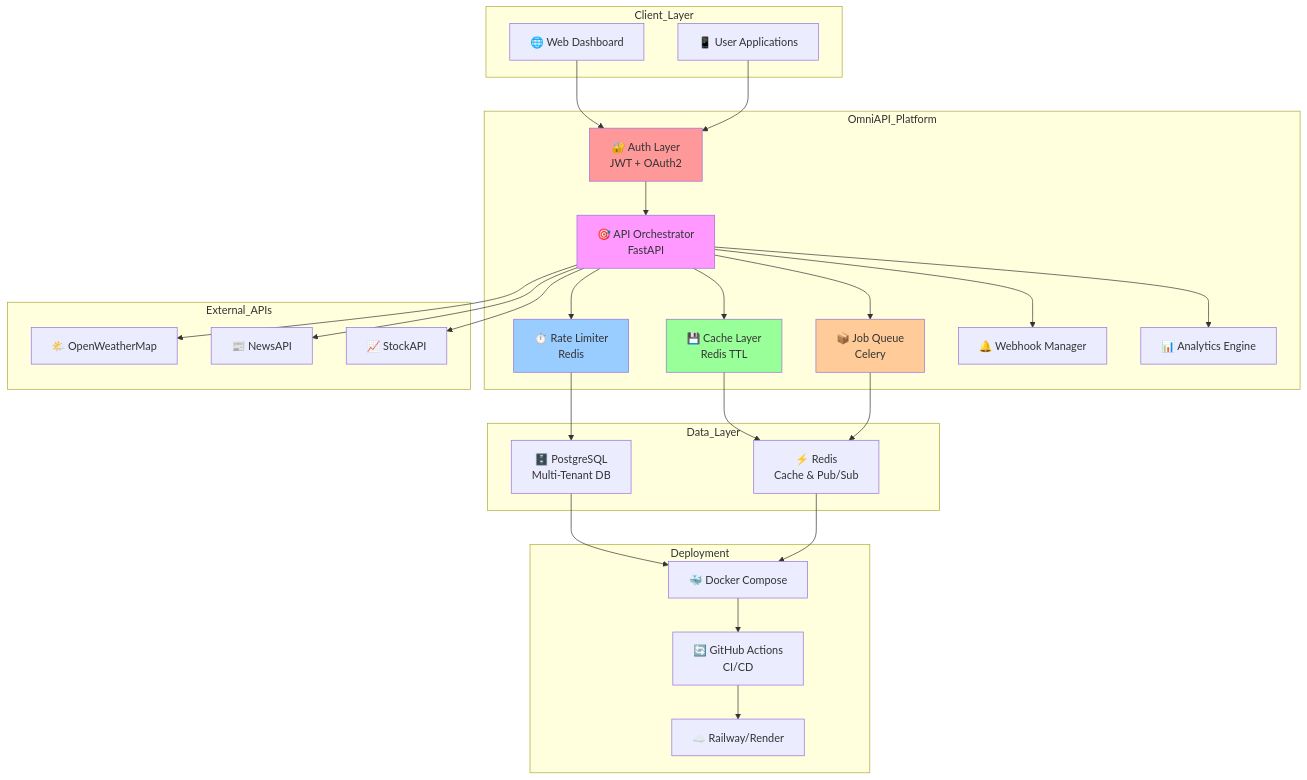
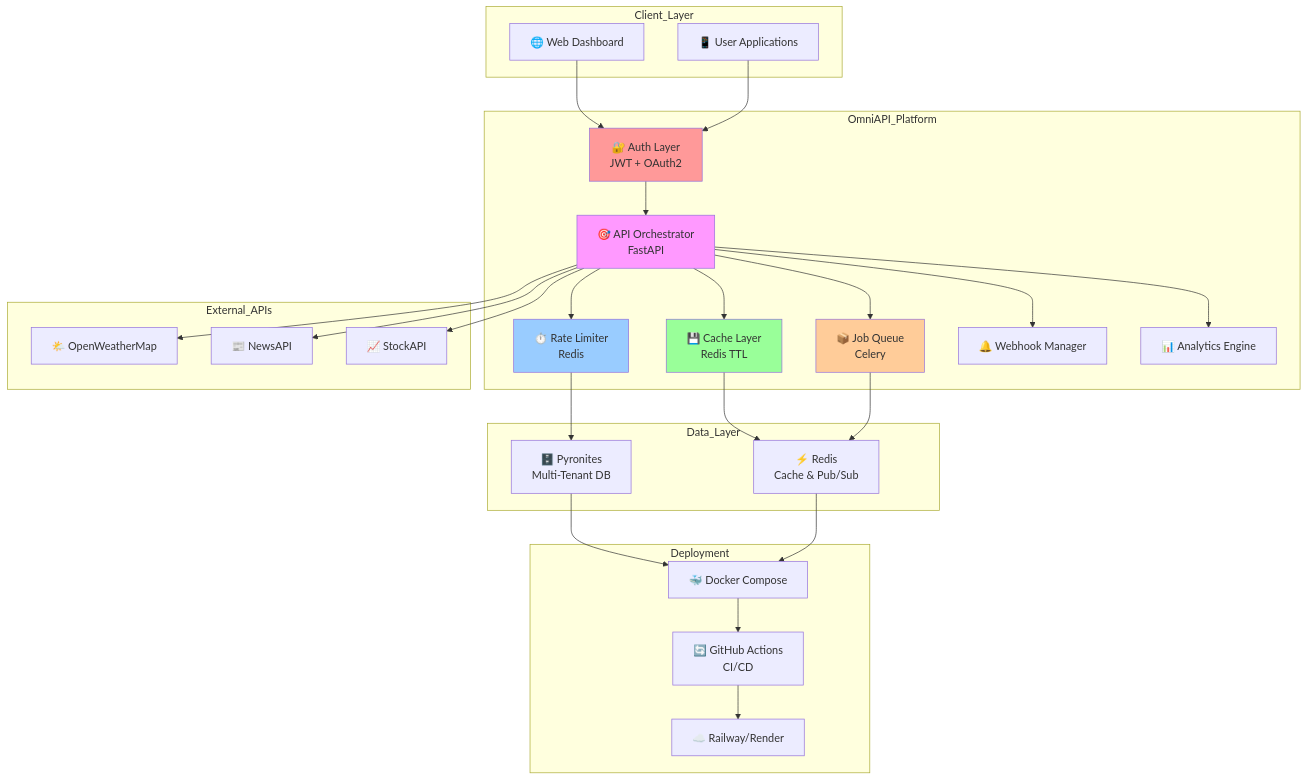
Before and after one commit to Ashutosh3021/OmniAPI: the first of 4 diagrams in readme.md, drawn with Mermaid. The commit also changed other lines of this file and 154 other files, not shown here.

````diff
--- a/readme.md
+++ b/readme.md
@@ -59,64 +59,64 @@
 ```mermaid
 graph TB
     %% Client layer
     subgraph Client_Layer
         WEB["🌐 Web Dashboard"]
         API_CLIENT["📱 User Applications"]
     end
 
     %% OmniAPI platform
     subgraph OmniAPI_Platform
         AUTH["🔐 Auth Layer\nJWT + OAuth2"]
         RATE["⏱️ Rate Limiter\nRedis"]
         CACHE["💾 Cache Layer\nRedis TTL"]
         QUEUE["📦 Job Queue\nCelery"]
         ORCHESTRATOR["🎯 API Orchestrator\nFastAPI"]
         WEBHOOK["🔔 Webhook Manager"]
         ANALYTICS["📊 Analytics Engine"]
     end
 
     %% Data layer
     subgraph Data_Layer
-        DB["🗄️ PostgreSQL\nMulti-Tenant DB"]
+        DB["🗄️ Pyronites\nMulti-Tenant DB"]
         REDIS["⚡ Redis\nCache & Pub/Sub"]
     end
 
     %% External APIs
     subgraph External_APIs
         WEATHER["🌤️ OpenWeatherMap"]
         NEWS["📰 NewsAPI"]
         STOCK["📈 StockAPI"]
     end
 
     %% Deployment
     subgraph Deployment
         DOCKER["🐳 Docker Compose"]
         CI["🔄 GitHub Actions\nCI/CD"]
         RAILWAY["☁️ Railway/Render"]
     end
 
     WEB --> AUTH
     API_CLIENT --> AUTH
     AUTH --> ORCHESTRATOR
     ORCHESTRATOR --> RATE
     ORCHESTRATOR --> CACHE
     ORCHESTRATOR --> QUEUE
     ORCHESTRATOR --> WEBHOOK
     ORCHESTRATOR --> ANALYTICS
     RATE --> DB
     CACHE --> REDIS
     QUEUE --> REDIS
     ORCHESTRATOR --> WEATHER
     ORCHESTRATOR --> NEWS
     ORCHESTRATOR --> STOCK
     DB --> DOCKER
     REDIS --> DOCKER
     DOCKER --> CI
     CI --> RAILWAY
 
     style AUTH fill:#ff9999
     style RATE fill:#99ccff
     style CACHE fill:#99ff99
     style QUEUE fill:#ffcc99
     style ORCHESTRATOR fill:#ff99ff
 ```
````
